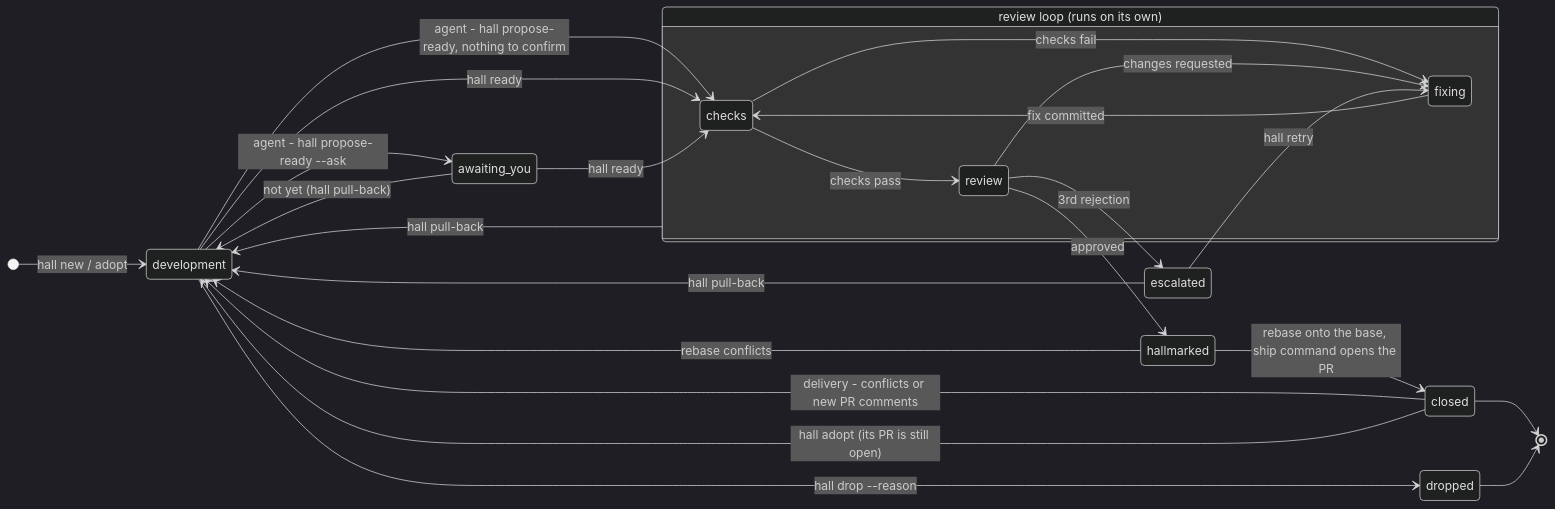
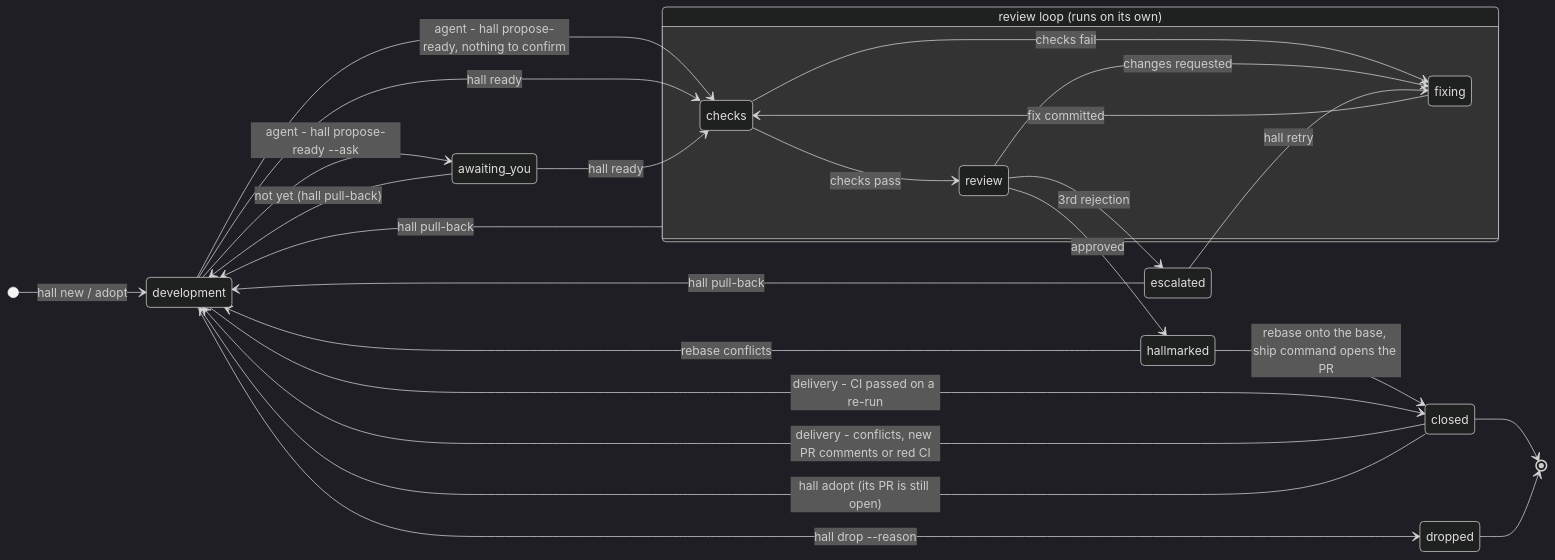
One commit to tiagocolombo/hallmark changed the diagram in docs/how-it-works.md. Above: the diagram before and after it, drawn with Mermaid (dark theme). The commit also changed other lines of this file and 12 other files, not shown here.

````diff
--- a/docs/how-it-works.md
+++ b/docs/how-it-works.md
@@ -28,28 +28,29 @@
 ```mermaid
 stateDiagram-v2
     direction LR
     [*] --> development: hall new / adopt
     development --> checks: agent - hall propose-ready, nothing to confirm
     development --> awaiting_you: agent - hall propose-ready --ask
     awaiting_you --> development: not yet (hall pull-back)
     development --> checks: hall ready
     awaiting_you --> checks: hall ready
     state "review loop (runs on its own)" as loop {
         checks --> review: checks pass
         checks --> fixing: checks fail
         review --> fixing: changes requested
         fixing --> checks: fix committed
     }
     review --> escalated: 3rd rejection
     escalated --> fixing: hall retry
     review --> hallmarked: approved
     hallmarked --> closed: rebase onto the base, ship command opens the PR
     hallmarked --> development: rebase conflicts
-    closed --> development: delivery - conflicts or new PR comments
+    closed --> development: delivery - conflicts, new PR comments or red CI
+    development --> closed: delivery - CI passed on a re-run
     loop --> development: hall pull-back
     escalated --> development: hall pull-back
     development --> dropped: hall drop --reason
     closed --> development: hall adopt (its PR is still open)
     closed --> [*]
     dropped --> [*]
 ```
````
